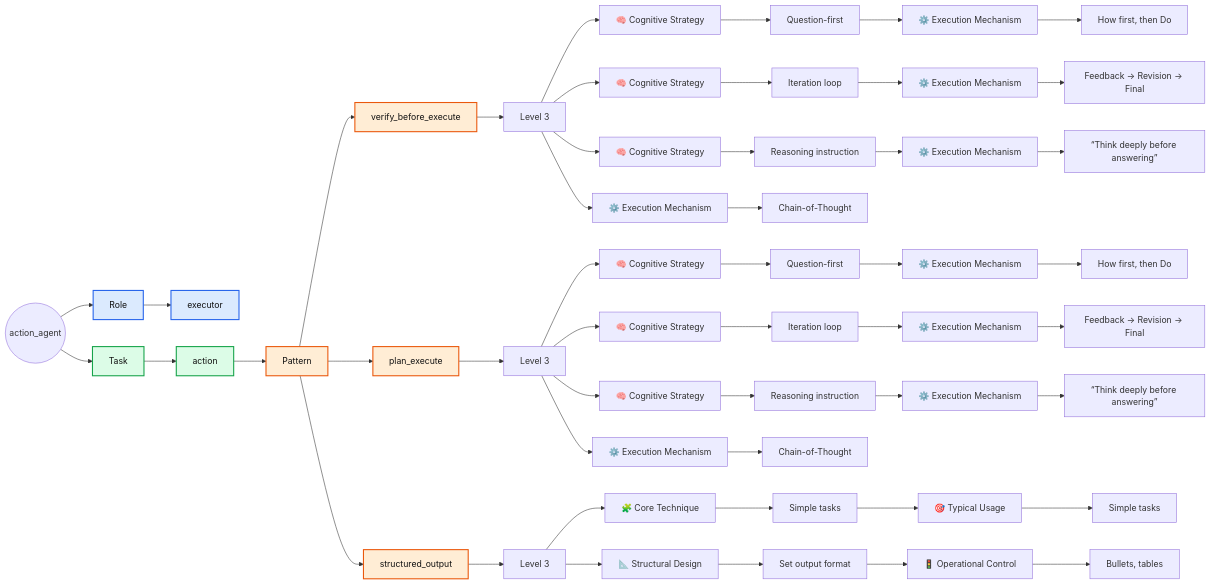
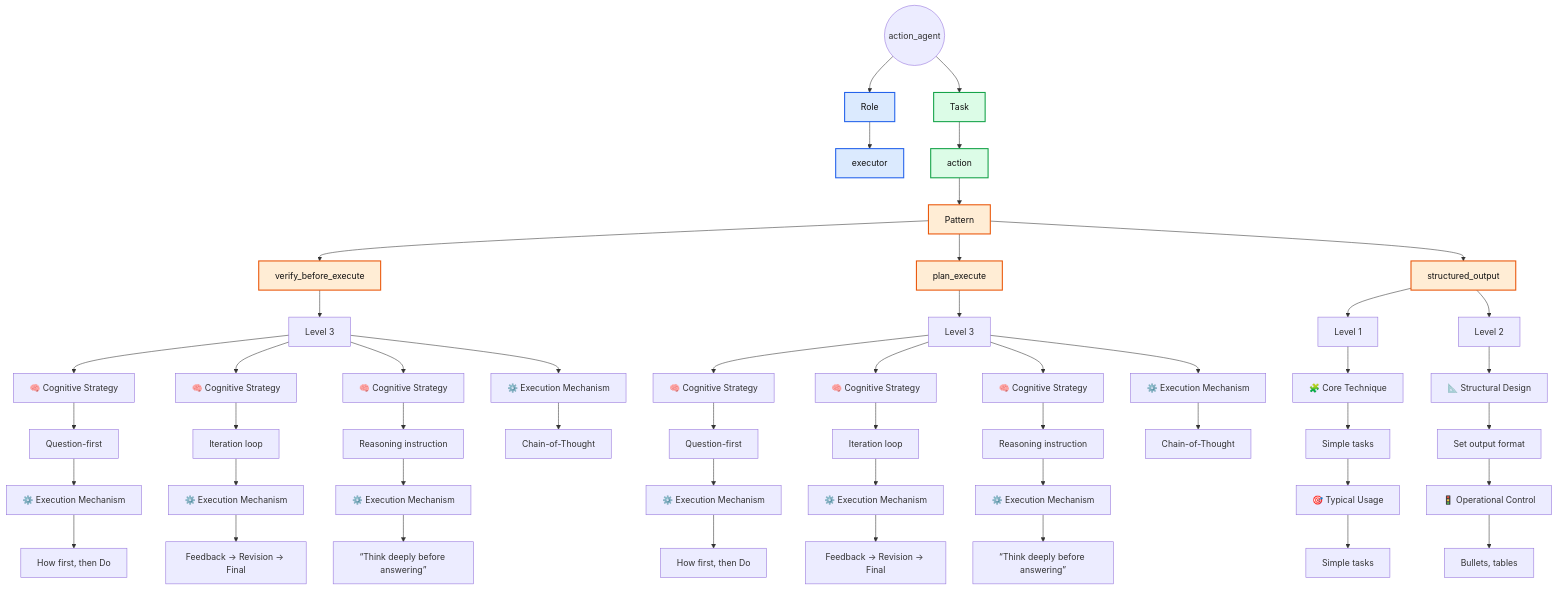
One commit to perfectCoder-dev/Ai-promt-en changed the first of 3 diagrams in docs/prompts/agents/default_agents.md. Above: the diagram before and after it, drawn with Mermaid.

Commit message:
Define levels 1 and 2.

````diff
--- a/docs/prompts/agents/default_agents.md
+++ b/docs/prompts/agents/default_agents.md
@@ -30,75 +30,76 @@
 ```mermaid
-flowchart LR
+flowchart TD
 
 A((action_agent))
 
 A --> B[Role]
 B --> C[executor]
 
 A --> D[Task]
 D --> E[action]
 E --> F[Pattern]
 F --> G[verify_before_execute]
 G --> H[Level 3]
 H --> I[🧠 Cognitive Strategy]
 I --> J[Question-first]
 J --> K[⚙️ Execution Mechanism]
 K --> L[How first, then Do]
 
 H --> M[🧠 Cognitive Strategy]
 M --> O[Iteration loop]
 O --> P[⚙️ Execution Mechanism]
 P --> Q[Feedback → Revision → Final]
 
 H --> R[🧠 Cognitive Strategy]
 R --> S[Reasoning instruction]
 S --> T[⚙️ Execution Mechanism]
 T --> U[“Think deeply before answering”]
 
 H --> V[⚙️ Execution Mechanism]
 V --> W[Chain-of-Thought]
 
 F --> X[plan_execute]
 X --> Z[Level 3]
 Z --> AA[🧠 Cognitive Strategy]
 AA --> BB[Question-first]
 BB --> CC[⚙️ Execution Mechanism]
 CC --> DD[How first, then Do]
 
 Z --> EE[🧠 Cognitive Strategy]
 EE --> FF[Iteration loop]
 
 FF --> GG[⚙️ Execution Mechanism]
 GG --> HH[Feedback → Revision → Final]
 
 Z --> II[🧠 Cognitive Strategy]
 II --> JJ[Reasoning instruction]
 JJ --> KK[⚙️ Execution Mechanism]
 KK --> LL[“Think deeply before answering”]
 
 Z --> MM[⚙️ Execution Mechanism]
 MM --> OO[Chain-of-Thought]
 
 F --> PP[structured_output]
-PP --> QQ[Level 3]
+PP --> QQ[Level 1]
 QQ --> RR[🧩 Core Technique]
 RR --> SS[Simple tasks]
 SS --> TT[🎯 Typical Usage]
 TT --> UU[Simple tasks]
 
-QQ --> VV[📐 Structural Design]
-VV --> WW[Set output format]
-WW --> XX[🚦 Operational Control]
-XX --> YY[Bullets, tables]
+PP --> VV[Level 2]
+VV --> WW[📐 Structural Design]
+WW --> XX[Set output format]
+XX --> YY[🚦 Operational Control]
+YY --> ZZ[Bullets, tables]
 
 %% Color definitions
 classDef role fill:#dbeafe,stroke:#2563eb,stroke-width:2px,color:#111;
 classDef task fill:#dcfce7,stroke:#16a34a,stroke-width:2px,color:#111;
 classDef pattern fill:#ffedd5,stroke:#ea580c,stroke-width:2px,color:#111;
 
 %% Apply colors
 class B,C role
 class D,E task
 class F,G,X,PP pattern
 
 ```
````
